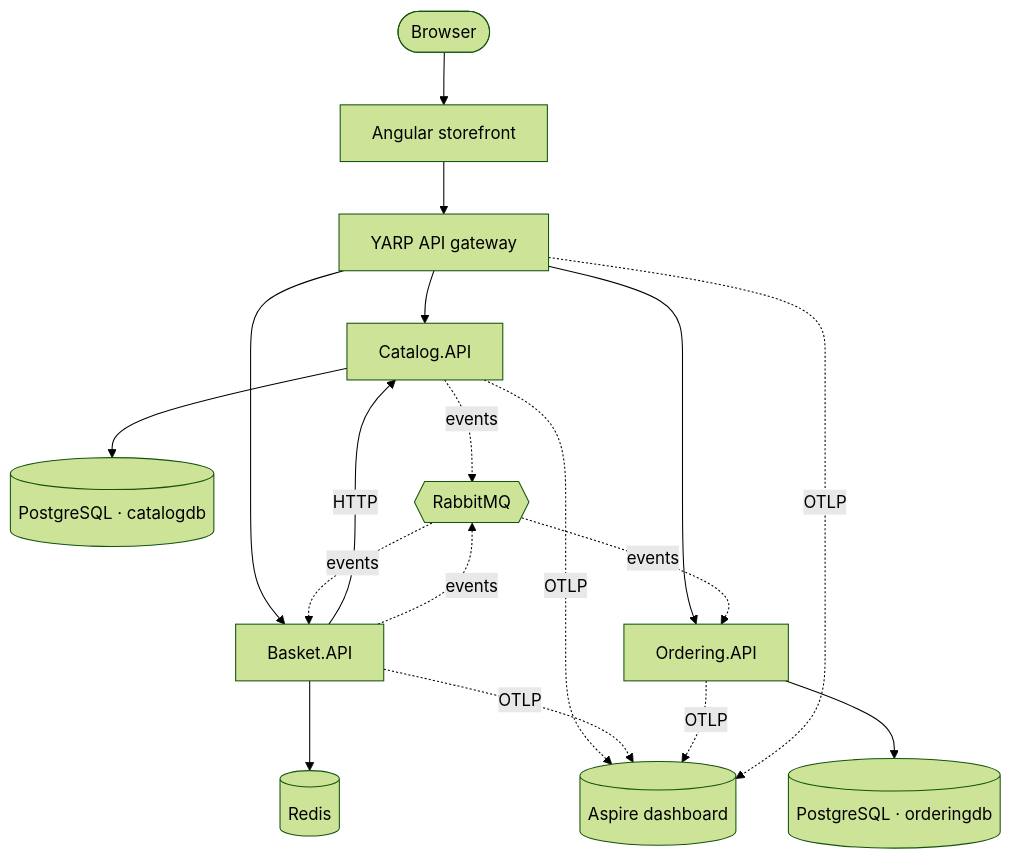
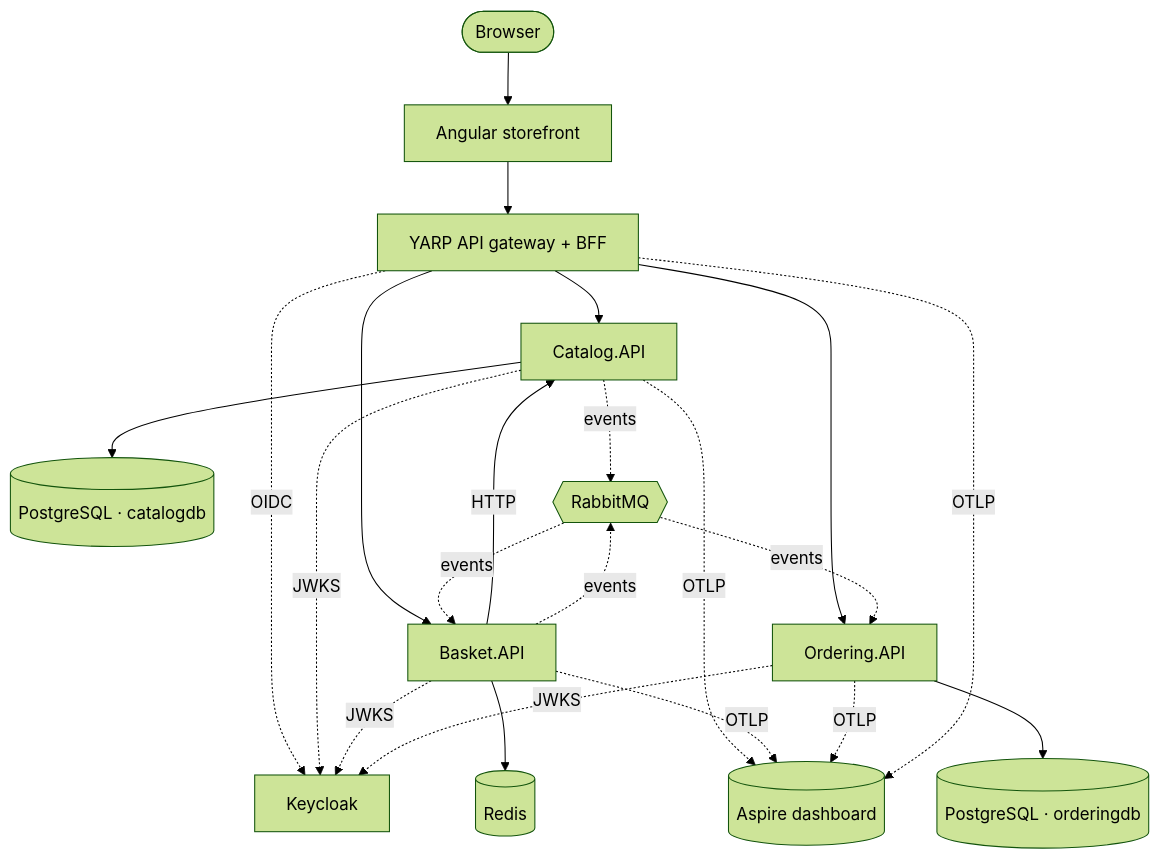
The first of 8 diagrams in docs/architecture.md (dejanciev-dev/aspnetcore-microservices), drawn with Mermaid (forest theme) before and after one commit. The commit also changed other lines of this file and 4 other files, not shown here.

First line of the commit message:
Document Keycloak authentication and the BFF

````diff
--- a/docs/architecture.md
+++ b/docs/architecture.md
@@ -20,26 +21,29 @@
 ```mermaid
 flowchart TB
     browser([Browser])
     spa[Angular storefront]
-    gw[YARP API gateway]
+    gw[YARP API gateway + BFF]
+    kc[Keycloak]
     catalog[Catalog.API]
     basket[Basket.API]
     ordering[Ordering.API]
     dash[(Aspire dashboard)]
 
     catalogdb[(PostgreSQL · catalogdb)]
     orderingdb[(PostgreSQL · orderingdb)]
     redis[(Redis)]
     mq{{RabbitMQ}}
 
     browser --> spa --> gw
+    gw -. OIDC .-> kc
+    catalog & basket & ordering -. JWKS .-> kc
     gw --> catalog & basket & ordering
     basket -- HTTP --> catalog
     catalog -. events .-> mq
     basket -. events .-> mq
     mq -. events .-> basket & ordering
     catalog --> catalogdb
     ordering --> orderingdb
     basket --> redis
     catalog & basket & ordering & gw -. OTLP .-> dash
 ```
````
